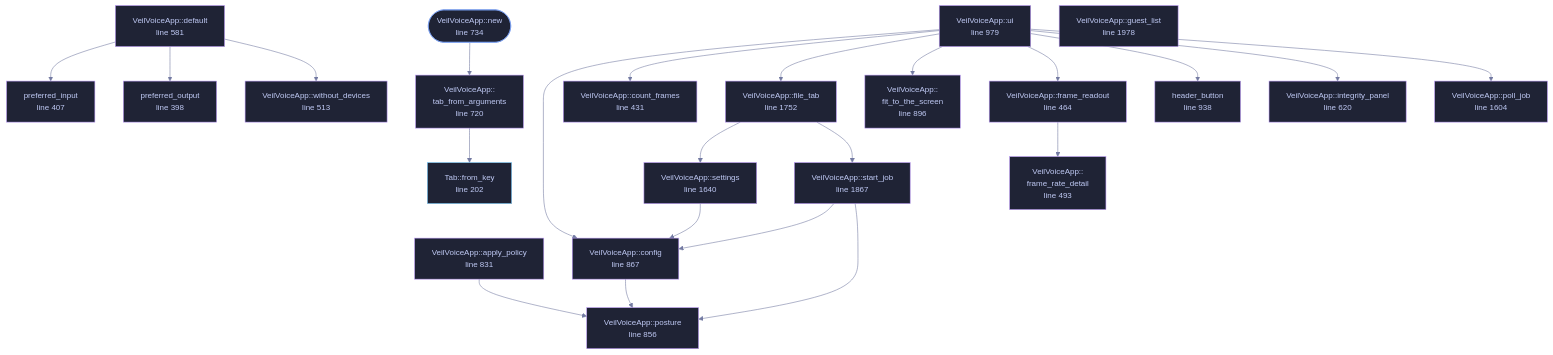
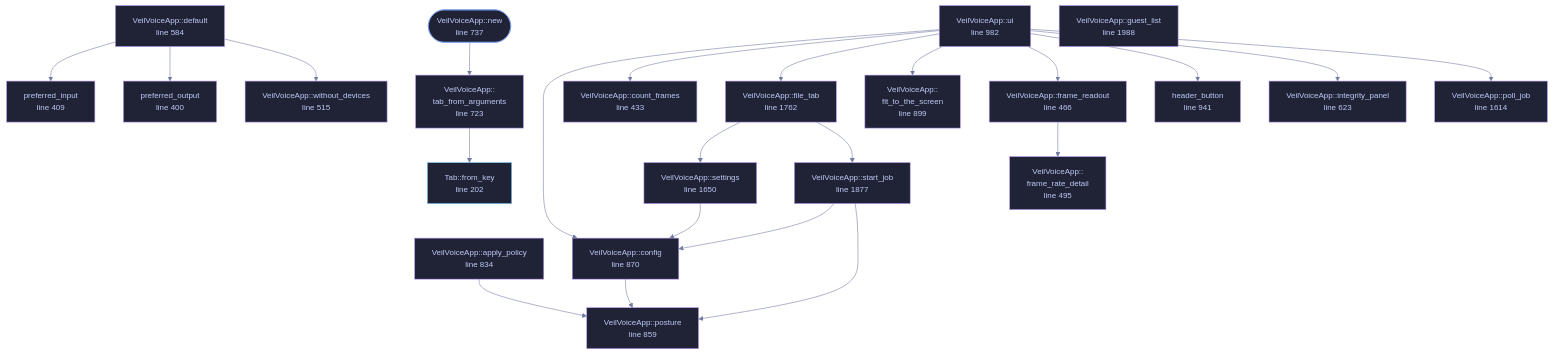
The diagram in docs/files/veilvoice-gui/app.md (tilas01/veilvoice), drawn with Mermaid before and after one commit. The commit also changed other lines of this file and 102 other files, not shown here.

````diff
--- a/docs/files/veilvoice-gui/app.md
+++ b/docs/files/veilvoice-gui/app.md
@@ -192,75 +192,75 @@
 ```mermaid
 %%{init: {"theme":"base","themeVariables":{"background":"#1a1b26","primaryColor":"#1f2335","primaryTextColor":"#c0caf5","primaryBorderColor":"#7aa2f7","secondaryColor":"#16161e","tertiaryColor":"#16161e","lineColor":"#737aa2","textColor":"#c0caf5","mainBkg":"#1f2335","nodeBorder":"#7aa2f7","clusterBkg":"#16161e","clusterBorder":"#2f3549","fontFamily":"ui-monospace, SFMono-Regular, Consolas, monospace","fontSize":"14px"}}}%%
 flowchart TD
     n_from_key["Tab::from_key<br/>line 202"]
-    n_preferred_output["preferred_output<br/>line 398"]
-    n_preferred_input["preferred_input<br/>line 407"]
-    n_count_frames["VeilVoiceApp::count_frames<br/>line 431"]
-    n_frame_readout["VeilVoiceApp::frame_readout<br/>line 464"]
-    n_frame_rate_detail["VeilVoiceApp::<br/>frame_rate_detail<br/>line 493"]
-    n_without_devices["VeilVoiceApp::without_devices<br/>line 513"]
-    n_default["VeilVoiceApp::default<br/>line 581"]
-    n_integrity_panel["VeilVoiceApp::integrity_panel<br/>line 620"]
-    n_tab_from_arguments["VeilVoiceApp::<br/>tab_from_arguments<br/>line 720"]
-    n_new(["VeilVoiceApp::new<br/>line 734"])
-    n_apply_policy["VeilVoiceApp::apply_policy<br/>line 831"]
-    n_posture["VeilVoiceApp::posture<br/>line 856"]
-    n_config["VeilVoiceApp::config<br/>line 867"]
-    n_fit_to_the_screen["VeilVoiceApp::<br/>fit_to_the_screen<br/>line 896"]
-    n_header_button["header_button<br/>line 938"]
-    n_ui["VeilVoiceApp::ui<br/>line 979"]
-    n_poll_job["VeilVoiceApp::poll_job<br/>line 1604"]
-    n_settings["VeilVoiceApp::settings<br/>line 1640"]
-    n_file_tab["VeilVoiceApp::file_tab<br/>line 1752"]
-    n_start_job["VeilVoiceApp::start_job<br/>line 1867"]
-    n_guest_list["VeilVoiceApp::guest_list<br/>line 1978"]
+    n_preferred_output["preferred_output<br/>line 400"]
+    n_preferred_input["preferred_input<br/>line 409"]
+    n_count_frames["VeilVoiceApp::count_frames<br/>line 433"]
+    n_frame_readout["VeilVoiceApp::frame_readout<br/>line 466"]
+    n_frame_rate_detail["VeilVoiceApp::<br/>frame_rate_detail<br/>line 495"]
+    n_without_devices["VeilVoiceApp::without_devices<br/>line 515"]
+    n_default["VeilVoiceApp::default<br/>line 584"]
+    n_integrity_panel["VeilVoiceApp::integrity_panel<br/>line 623"]
+    n_tab_from_arguments["VeilVoiceApp::<br/>tab_from_arguments<br/>line 723"]
+    n_new(["VeilVoiceApp::new<br/>line 737"])
+    n_apply_policy["VeilVoiceApp::apply_policy<br/>line 834"]
+    n_posture["VeilVoiceApp::posture<br/>line 859"]
+    n_config["VeilVoiceApp::config<br/>line 870"]
+    n_fit_to_the_screen["VeilVoiceApp::<br/>fit_to_the_screen<br/>line 899"]
+    n_header_button["header_button<br/>line 941"]
+    n_ui["VeilVoiceApp::ui<br/>line 982"]
+    n_poll_job["VeilVoiceApp::poll_job<br/>line 1614"]
+    n_settings["VeilVoiceApp::settings<br/>line 1650"]
+    n_file_tab["VeilVoiceApp::file_tab<br/>line 1762"]
+    n_start_job["VeilVoiceApp::start_job<br/>line 1877"]
+    n_guest_list["VeilVoiceApp::guest_list<br/>line 1988"]
     n_apply_policy --> n_posture
     n_config --> n_posture
     n_default --> n_preferred_input
     n_default --> n_preferred_output
     n_default --> n_without_devices
     n_file_tab --> n_settings
     n_file_tab --> n_start_job
     n_frame_readout --> n_frame_rate_detail
     n_new --> n_tab_from_arguments
     n_settings --> n_config
     n_start_job --> n_config
     n_start_job --> n_posture
     n_tab_from_arguments --> n_from_key
     n_ui --> n_config
     n_ui --> n_count_frames
     n_ui --> n_file_tab
     n_ui --> n_fit_to_the_screen
     n_ui --> n_frame_readout
     n_ui --> n_header_button
     n_ui --> n_integrity_panel
     n_ui --> n_poll_job
     click n_from_key href "https://github.com/tilas01/veilvoice/blob/main/crates/veilvoice-gui/src/app.rs#L202" "open the source"
-    click n_preferred_output href "https://github.com/tilas01/veilvoice/blob/main/crates/veilvoice-gui/src/app.rs#L398" "open the source"
-    click n_preferred_input href "https://github.com/tilas01/veilvoice/blob/main/crates/veilvoice-gui/src/app.rs#L407" "open the source"
-    click n_count_frames href "https://github.com/tilas01/veilvoice/blob/main/crates/veilvoice-gui/src/app.rs#L431" "open the source"
-    click n_frame_readout href "https://github.com/tilas01/veilvoice/blob/main/crates/veilvoice-gui/src/app.rs#L464" "open the source"
-    click n_frame_rate_detail href "https://github.com/tilas01/veilvoice/blob/main/crates/veilvoice-gui/src/app.rs#L493" "open the source"
-    click n_without_devices href "https://github.com/tilas01/veilvoice/blob/main/crates/veilvoice-gui/src/app.rs#L513" "open the source"
-    click n_default href "https://github.com/tilas01/veilvoice/blob/main/crates/veilvoice-gui/src/app.rs#L581" "open the source"
-    click n_integrity_panel href "https://github.com/tilas01/veilvoice/blob/main/crates/veilvoice-gui/src/app.rs#L620" "open the source"
-    click n_tab_from_arguments href "https://github.com/tilas01/veilvoice/blob/main/crates/veilvoice-gui/src/app.rs#L720" "open the source"
-    click n_new href "https://github.com/tilas01/veilvoice/blob/main/crates/veilvoice-gui/src/app.rs#L734" "open the source"
-    click n_apply_policy href "https://github.com/tilas01/veilvoice/blob/main/crates/veilvoice-gui/src/app.rs#L831" "open the source"
-    click n_posture href "https://github.com/tilas01/veilvoice/blob/main/crates/veilvoice-gui/src/app.rs#L856" "open the source"
-    click n_config href "https://github.com/tilas01/veilvoice/blob/main/crates/veilvoice-gui/src/app.rs#L867" "open the source"
-    click n_fit_to_the_screen href "https://github.com/tilas01/veilvoice/blob/main/crates/veilvoice-gui/src/app.rs#L896" "open the source"
-    click n_header_button href "https://github.com/tilas01/veilvoice/blob/main/crates/veilvoice-gui/src/app.rs#L938" "open the source"
-    click n_ui href "https://github.com/tilas01/veilvoice/blob/main/crates/veilvoice-gui/src/app.rs#L979" "open the source"
-    click n_poll_job href "https://github.com/tilas01/veilvoice/blob/main/crates/veilvoice-gui/src/app.rs#L1604" "open the source"
-    click n_settings href "https://github.com/tilas01/veilvoice/blob/main/crates/veilvoice-gui/src/app.rs#L1640" "open the source"
-    click n_file_tab href "https://github.com/tilas01/veilvoice/blob/main/crates/veilvoice-gui/src/app.rs#L1752" "open the source"
-    click n_start_job href "https://github.com/tilas01/veilvoice/blob/main/crates/veilvoice-gui/src/app.rs#L1867" "open the source"
-    click n_guest_list href "https://github.com/tilas01/veilvoice/blob/main/crates/veilvoice-gui/src/app.rs#L1978" "open the source"
+    click n_preferred_output href "https://github.com/tilas01/veilvoice/blob/main/crates/veilvoice-gui/src/app.rs#L400" "open the source"
+    click n_preferred_input href "https://github.com/tilas01/veilvoice/blob/main/crates/veilvoice-gui/src/app.rs#L409" "open the source"
+    click n_count_frames href "https://github.com/tilas01/veilvoice/blob/main/crates/veilvoice-gui/src/app.rs#L433" "open the source"
+    click n_frame_readout href "https://github.com/tilas01/veilvoice/blob/main/crates/veilvoice-gui/src/app.rs#L466" "open the source"
+    click n_frame_rate_detail href "https://github.com/tilas01/veilvoice/blob/main/crates/veilvoice-gui/src/app.rs#L495" "open the source"
+    click n_without_devices href "https://github.com/tilas01/veilvoice/blob/main/crates/veilvoice-gui/src/app.rs#L515" "open the source"
+    click n_default href "https://github.com/tilas01/veilvoice/blob/main/crates/veilvoice-gui/src/app.rs#L584" "open the source"
+    click n_integrity_panel href "https://github.com/tilas01/veilvoice/blob/main/crates/veilvoice-gui/src/app.rs#L623" "open the source"
+    click n_tab_from_arguments href "https://github.com/tilas01/veilvoice/blob/main/crates/veilvoice-gui/src/app.rs#L723" "open the source"
+    click n_new href "https://github.com/tilas01/veilvoice/blob/main/crates/veilvoice-gui/src/app.rs#L737" "open the source"
+    click n_apply_policy href "https://github.com/tilas01/veilvoice/blob/main/crates/veilvoice-gui/src/app.rs#L834" "open the source"
+    click n_posture href "https://github.com/tilas01/veilvoice/blob/main/crates/veilvoice-gui/src/app.rs#L859" "open the source"
+    click n_config href "https://github.com/tilas01/veilvoice/blob/main/crates/veilvoice-gui/src/app.rs#L870" "open the source"
+    click n_fit_to_the_screen href "https://github.com/tilas01/veilvoice/blob/main/crates/veilvoice-gui/src/app.rs#L899" "open the source"
+    click n_header_button href "https://github.com/tilas01/veilvoice/blob/main/crates/veilvoice-gui/src/app.rs#L941" "open the source"
+    click n_ui href "https://github.com/tilas01/veilvoice/blob/main/crates/veilvoice-gui/src/app.rs#L982" "open the source"
+    click n_poll_job href "https://github.com/tilas01/veilvoice/blob/main/crates/veilvoice-gui/src/app.rs#L1614" "open the source"
+    click n_settings href "https://github.com/tilas01/veilvoice/blob/main/crates/veilvoice-gui/src/app.rs#L1650" "open the source"
+    click n_file_tab href "https://github.com/tilas01/veilvoice/blob/main/crates/veilvoice-gui/src/app.rs#L1762" "open the source"
+    click n_start_job href "https://github.com/tilas01/veilvoice/blob/main/crates/veilvoice-gui/src/app.rs#L1877" "open the source"
+    click n_guest_list href "https://github.com/tilas01/veilvoice/blob/main/crates/veilvoice-gui/src/app.rs#L1988" "open the source"
     classDef entry fill:#1f2335,stroke:#7aa2f7,color:#c0caf5
     class n_new entry
     classDef api fill:#1f2335,stroke:#7dcfff,color:#c0caf5
     class n_from_key api
     classDef helper fill:#1f2335,stroke:#bb9af7,color:#c0caf5
     class n_preferred_output,n_preferred_input,n_count_frames,n_frame_readout,n_frame_rate_detail,n_without_devices,n_default,n_integrity_panel,n_tab_from_arguments,n_apply_policy,n_posture,n_config,n_fit_to_the_screen,n_header_button,n_ui,n_poll_job,n_settings,n_file_tab,n_start_job,n_guest_list helper
 ```
````
